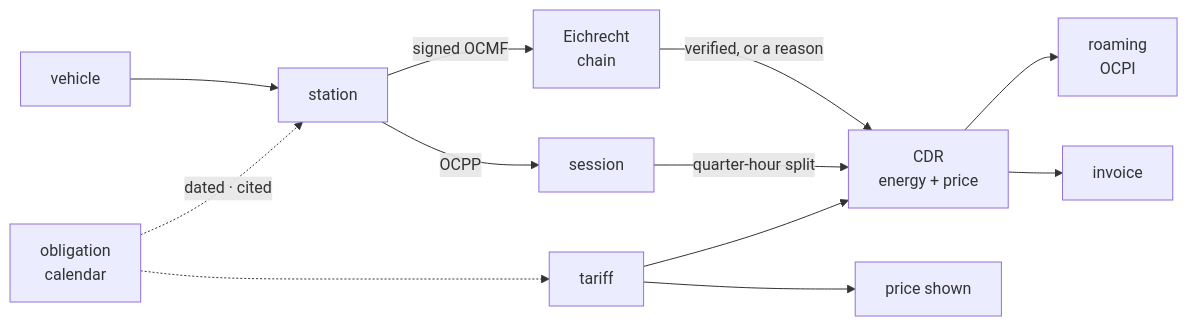
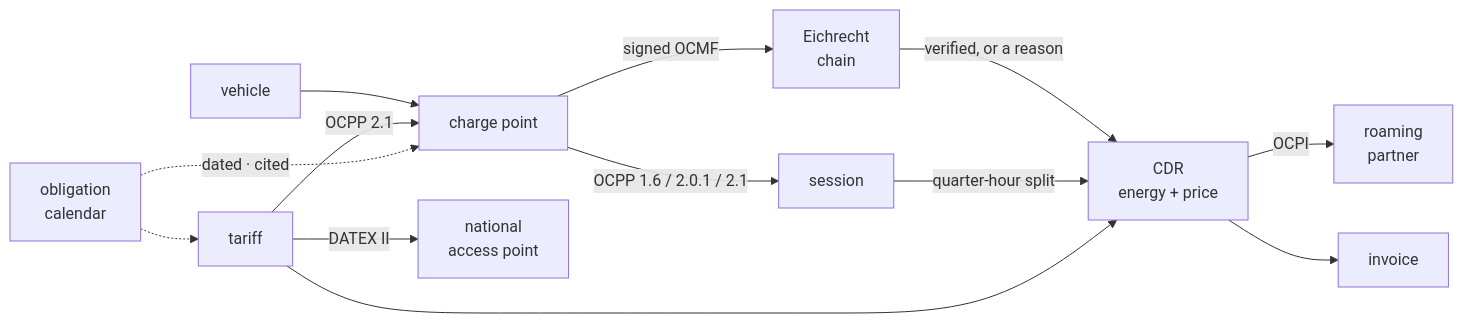
One commit to hupe1980/emob changed the diagram in README.md. Above: the diagram before and after it, drawn with Mermaid. The commit also changed other lines of this file and 102 other files, not shown here.

````diff
--- a/README.md
+++ b/README.md
@@ -36,14 +48,15 @@
 ```mermaid
 flowchart LR
-    EV["vehicle"] --> CS["station"]
-    CS -->|OCPP| SES["session"]
+    EV["vehicle"] --> CS["charge point"]
+    CS -->|"OCPP 1.6 / 2.0.1 / 2.1"| SES["session"]
     CS -->|"signed OCMF"| EICH["Eichrecht<br/>chain"]
     EICH -->|"verified, or a reason"| CDR
     SES -->|"quarter-hour split"| CDR["CDR<br/>energy + price"]
     TAR["tariff"] --> CDR
-    TAR --> DISP["price shown"]
-    CDR --> ROAM["roaming<br/>OCPI"]
+    CDR -->|OCPI| ROAM["roaming<br/>partner"]
     CDR --> INV["invoice"]
-    RULES["obligation<br/>calendar"] -.->|dated · cited| CS
+    TAR -->|"OCPP 2.1"| CS
+    TAR -->|"DATEX II"| NAP["national<br/>access point"]
+    RULES["obligation<br/>calendar"] -.->|"dated · cited"| CS
     RULES -.-> TAR
 ```
````
